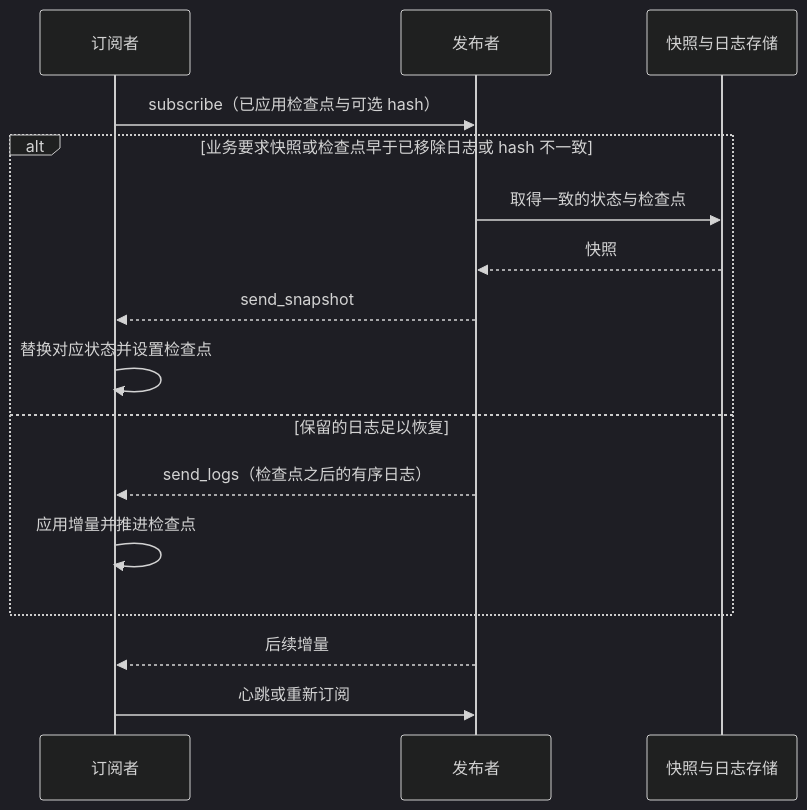
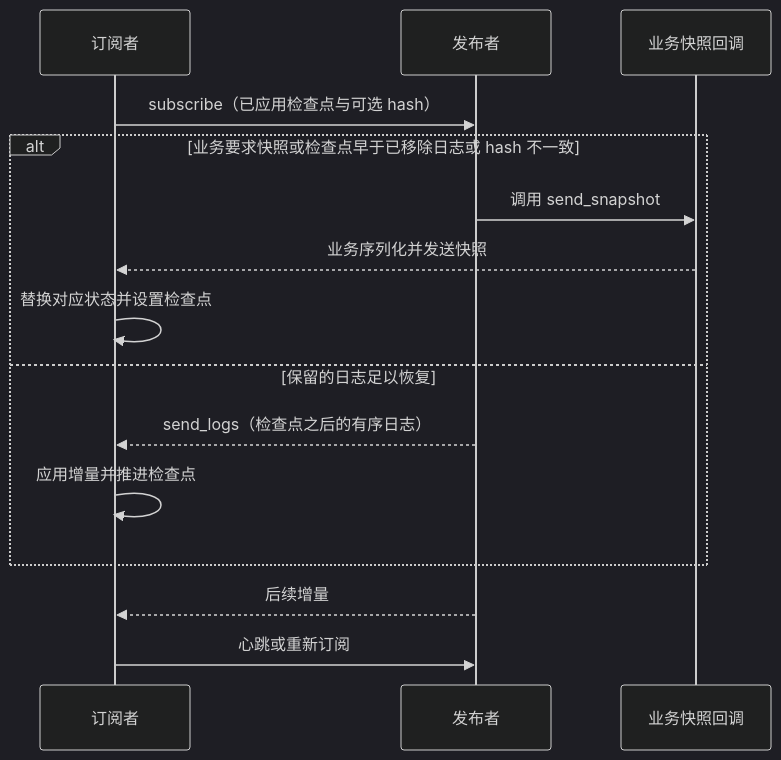
The diagram in doc/docs/whitepaper/wal-replication.md (atframework/atsf4g-co), drawn with Mermaid (dark theme) before and after one commit. The commit also changed other lines of this file and 45 other files, not shown here.

````diff
--- a/doc/docs/whitepaper/wal-replication.md
+++ b/doc/docs/whitepaper/wal-replication.md
@@ -36,18 +36,17 @@
 ```mermaid
 sequenceDiagram
     participant C as 订阅者
     participant P as 发布者
-    participant B as 快照与日志存储
+    participant B as 业务快照回调
     C->>P: subscribe（已应用检查点与可选 hash）
     alt 业务要求快照或检查点早于已移除日志或 hash 不一致
-        P->>B: 取得一致的状态与检查点
-        B-->>P: 快照
-        P-->>C: send_snapshot
+        P->>B: 调用 send_snapshot
+        B-->>C: 业务序列化并发送快照
         C->>C: 替换对应状态并设置检查点
     else 保留的日志足以恢复
         P-->>C: send_logs（检查点之后的有序日志）
         C->>C: 应用增量并推进检查点
     end
     P-->>C: 后续增量
     C->>P: 心跳或重新订阅
 ```
````
